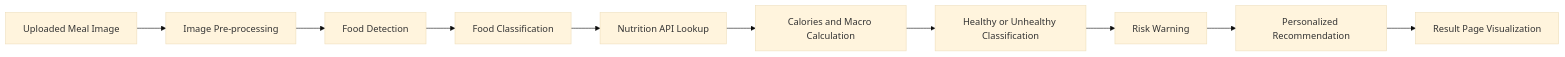
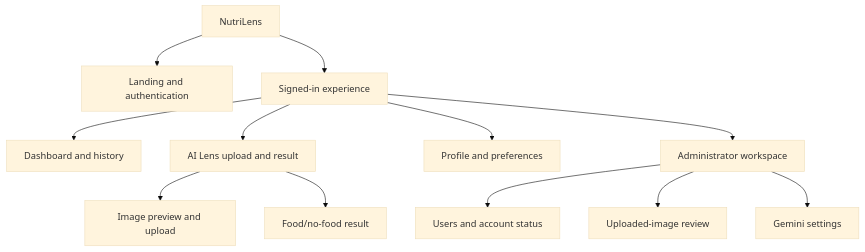
One commit to Tamal-11/cse4104-7a-t03-nutrilens changed the diagram in designs/design.md. Above: the diagram before and after it, drawn with Mermaid (base theme). The commit also changed other lines of this file and 19 other files, not shown here.

````diff
--- a/designs/design.md
+++ b/designs/design.md
@@ -160,12 +18,14 @@
 ```mermaid
-flowchart LR
-    A[Uploaded Meal Image] --> B[Image Pre-processing]
-    B --> C[Food Detection]
-    C --> D[Food Classification]
-    D --> E[Nutrition API Lookup]
-    E --> F[Calories and Macro Calculation]
-    F --> G[Healthy or Unhealthy Classification]
-    G --> H[Risk Warning]
-    H --> I[Personalized Recommendation]
-    I --> J[Result Page Visualization]
+flowchart TD
+    App[NutriLens] --> Public[Landing and authentication]
+    App --> Protected[Signed-in experience]
+    Protected --> Dashboard[Dashboard and history]
+    Protected --> Lens[AI Lens upload and result]
+    Protected --> Profile[Profile and preferences]
+    Protected --> Admin[Administrator workspace]
+    Lens --> Upload[Image preview and upload]
+    Lens --> Result[Food/no-food result]
+    Admin --> Users[Users and account status]
+    Admin --> Images[Uploaded-image review]
+    Admin --> AI[Gemini settings]
 ```
````
